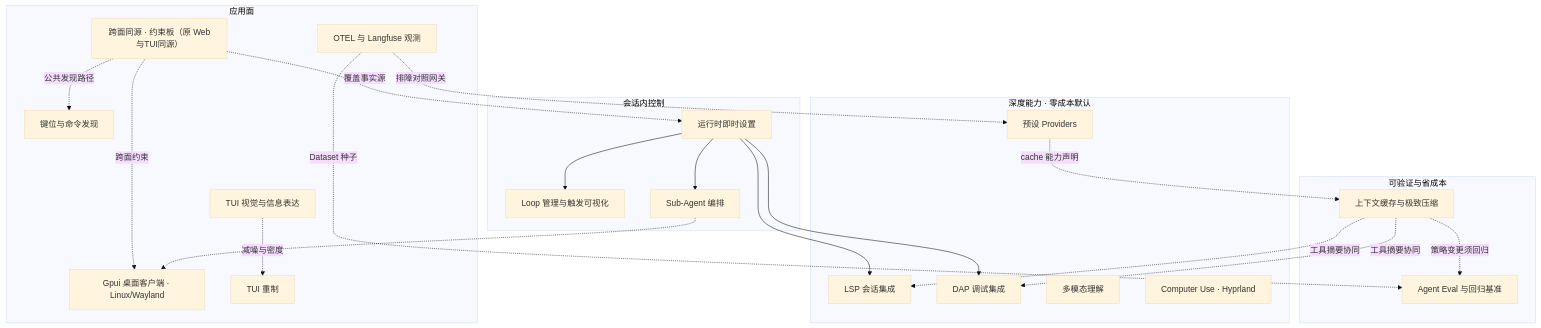
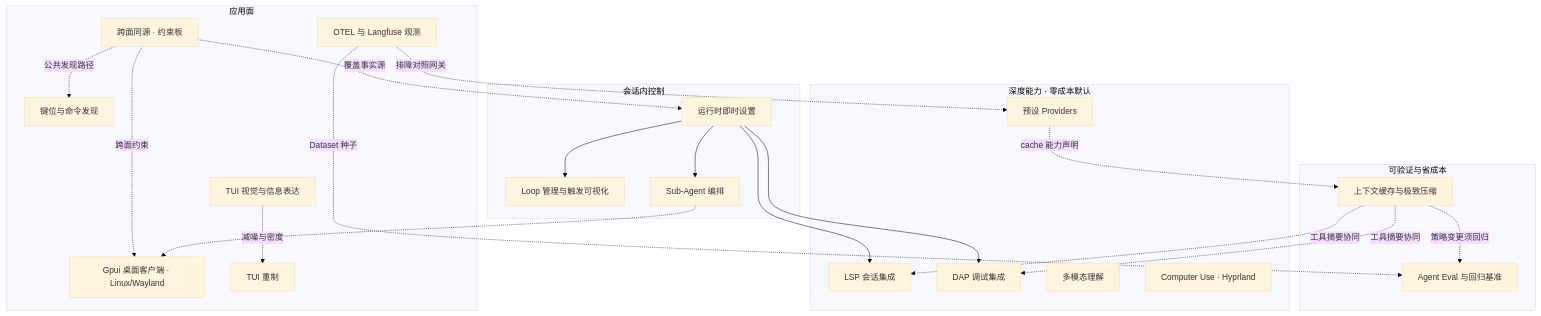
One commit to StrayDragon/xylitol changed the diagram in docs/roadmaps/README.md. Above: the diagram before and after it, drawn with Mermaid (base theme). The commit also changed other lines of this file and 27 other files, not shown here.

````diff
--- a/docs/roadmaps/README.md
+++ b/docs/roadmaps/README.md
@@ -29,46 +29,46 @@
 ```mermaid
 flowchart TB
   subgraph Surfaces["应用面"]
-    Homo["跨面同源 · 约束板（原 Web与TUI同源）"]
+    Homo["跨面同源 · 约束板"]
     Gui["Gpui 桌面客户端 · Linux/Wayland"]
     Obs["OTEL 与 Langfuse 观测"]
     Visual["TUI 视觉与信息表达"]
     Remaster["TUI 重制"]
     Keys["键位与命令发现"]
   end
 
   subgraph SessionCtrl["会话内控制"]
     Live["运行时即时设置"]
     Loop["Loop 管理与触发可视化"]
     Sub["Sub-Agent 编排"]
   end
 
   subgraph Depth["深度能力 · 零成本默认"]
     Lsp["LSP 会话集成"]
     Dap["DAP 调试集成"]
     Multi["多模态理解"]
     Cu["Computer Use · Hyprland"]
     Prov["预设 Providers"]
   end
 
   subgraph VerifyOpt["可验证与省成本"]
     Eval["Agent Eval 与回归基准"]
     Cache["上下文缓存与极致压缩"]
   end
 
   Homo -.->|跨面约束| Gui
   Homo -.->|覆盖事实源| Live
   Homo -.->|公共发现路径| Keys
   Visual -.->|减噪与密度| Remaster
   Live --> Lsp
   Live --> Dap
   Live --> Sub
   Live --> Loop
   Obs -.->|排障对照网关| Prov
   Obs -.->|Dataset 种子| Eval
   Sub -.-> Gui
   Cache -.->|策略变更须回归| Eval
   Cache -.->|工具摘要协同| Lsp
   Cache -.->|工具摘要协同| Dap
   Prov -.->|cache 能力声明| Cache
 ```
````
